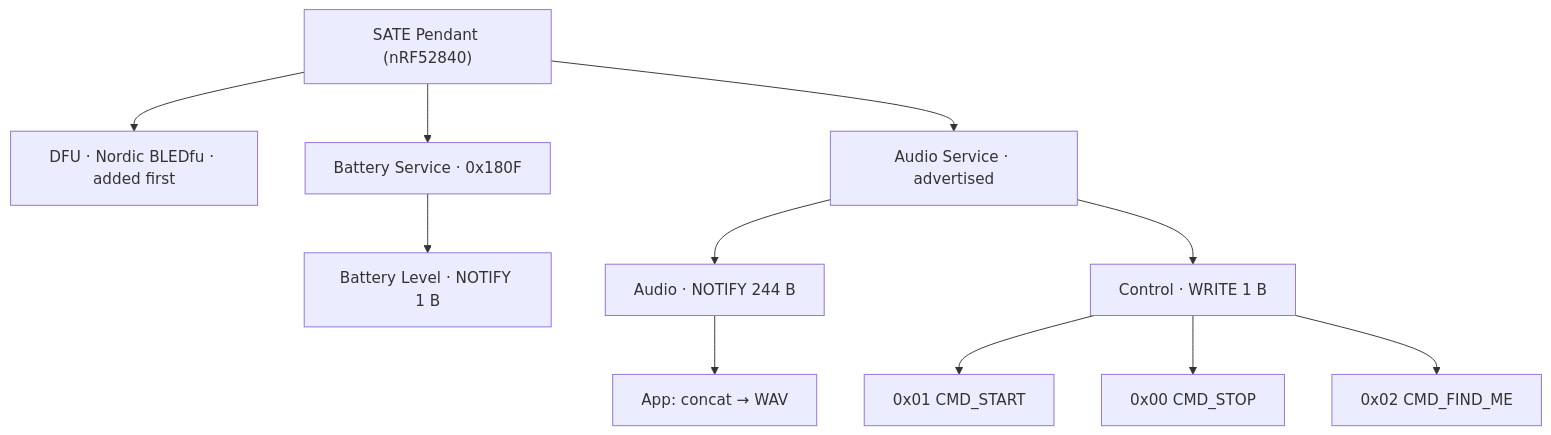
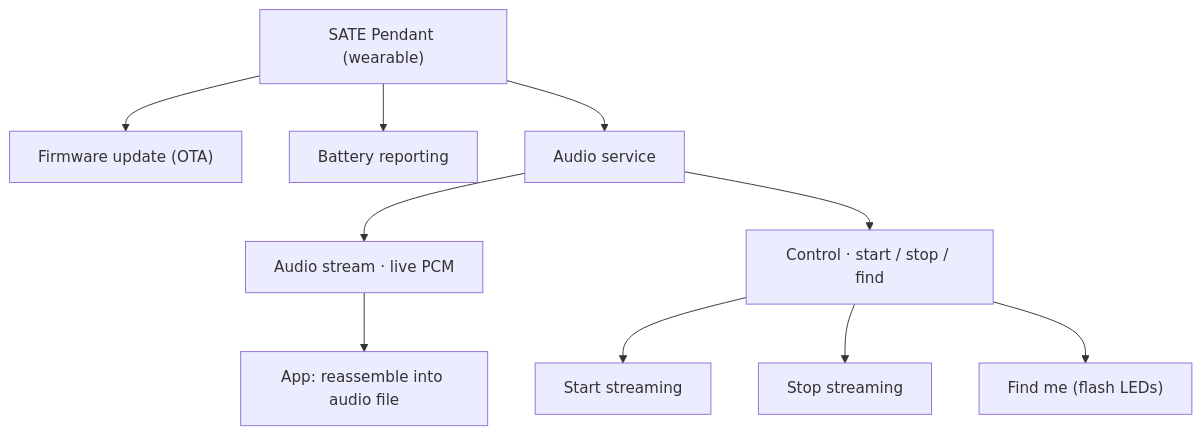
The first of 2 diagrams in docs-site/docs/reference/ble-protocol.md (Longcao24/sate-companion), drawn with Mermaid before and after one commit. The commit also changed other lines of this file and 17 other files, not shown here.

First line of the commit message:
docs-site: generalize published docs + add system-overview diagram

````diff
--- a/docs-site/docs/reference/ble-protocol.md
+++ b/docs-site/docs/reference/ble-protocol.md
@@ -45,19 +43,17 @@
 ```mermaid
 flowchart TD
-    Pendant["SATE Pendant (nRF52840)"]
+    Pendant["SATE Pendant (wearable)"]
 
-    Pendant --> DFU["DFU · Nordic BLEDfu · added first"]
-    Pendant --> BAS["Battery Service · 0x180F"]
-    Pendant --> AS["Audio Service · advertised"]
+    Pendant --> DFU["Firmware update (OTA)"]
+    Pendant --> BAS["Battery reporting"]
+    Pendant --> AS["Audio service"]
 
-    BAS --> BLV["Battery Level · NOTIFY 1 B"]
+    AS --> AUD["Audio stream · live PCM"]
+    AS --> CTRL["Control · start / stop / find"]
 
-    AS --> AUD["Audio · NOTIFY 244 B"]
-    AS --> CTRL["Control · WRITE 1 B"]
+    CTRL --> C1["Start streaming"]
+    CTRL --> C0["Stop streaming"]
+    CTRL --> C2["Find me (flash LEDs)"]
 
-    CTRL --> C1["0x01 CMD_START"]
-    CTRL --> C0["0x00 CMD_STOP"]
-    CTRL --> C2["0x02 CMD_FIND_ME"]
-
-    AUD --> WAV["App: concat → WAV"]
+    AUD --> WAV["App: reassemble into audio file"]
 ```
````
